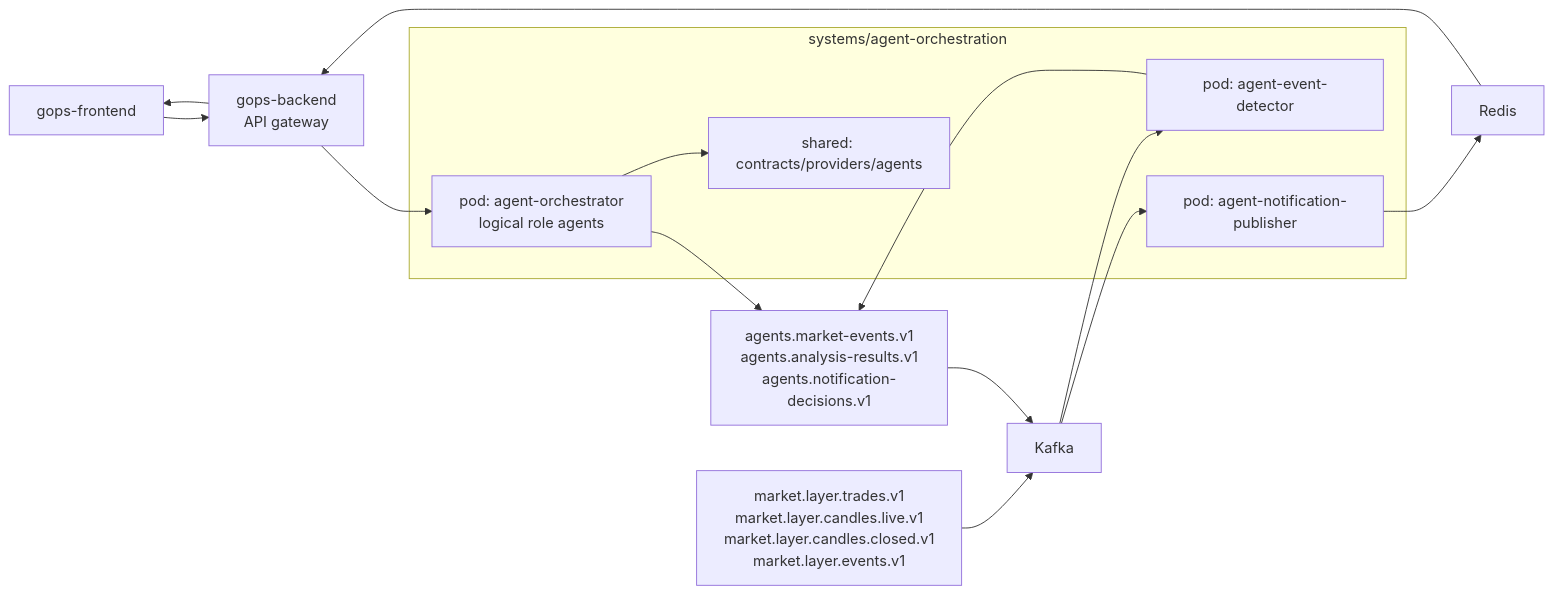
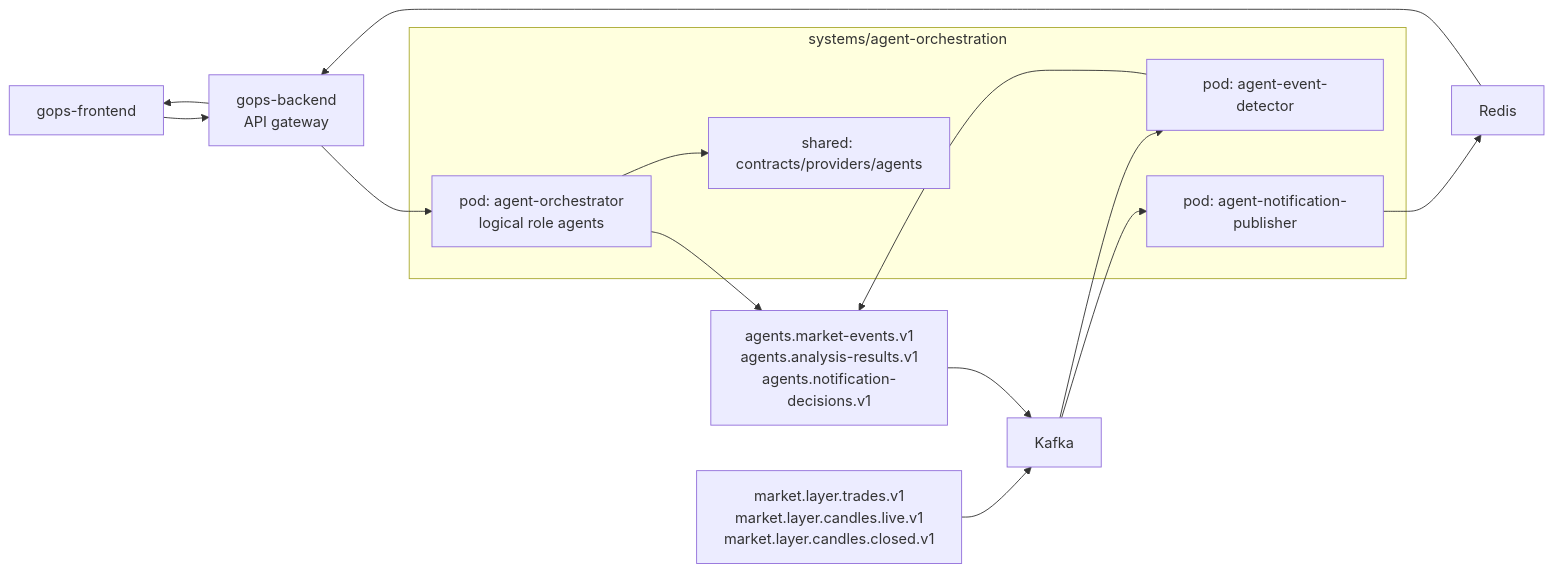
The first of 3 diagrams in docs/AGENT_ORCHESTRATION_IMPLEMENTATION.md (seunglee10/GOPS-BE), drawn with Mermaid before and after one commit. The commit also changed other lines of this file and 49 other files, not shown here.

Commit message:
Rebuild chart market data flow

````diff
--- a/docs/AGENT_ORCHESTRATION_IMPLEMENTATION.md
+++ b/docs/AGENT_ORCHESTRATION_IMPLEMENTATION.md
@@ -25,30 +30,30 @@
 ```mermaid
 flowchart LR
   Frontend["gops-frontend"]
   Backend["gops-backend<br/>API gateway"]
 
   subgraph AgentSystem["systems/agent-orchestration"]
     Orchestrator["pod: agent-orchestrator<br/>logical role agents"]
     EventDetector["pod: agent-event-detector"]
     NotificationPublisher["pod: agent-notification-publisher"]
     Contracts["shared: contracts/providers/agents"]
   end
 
   Kafka["Kafka"]
   Redis["Redis"]
-  MarketTopics["market.layer.trades.v1<br/>market.layer.candles.live.v1<br/>market.layer.candles.closed.v1<br/>market.layer.events.v1"]
+  MarketTopics["market.layer.trades.v1<br/>market.layer.candles.live.v1<br/>market.layer.candles.closed.v1"]
   AgentTopics["agents.market-events.v1<br/>agents.analysis-results.v1<br/>agents.notification-decisions.v1"]
 
   Frontend --> Backend
   Backend --> Orchestrator
   Orchestrator --> Contracts
   MarketTopics --> Kafka
   Kafka --> EventDetector
   EventDetector --> AgentTopics
   Orchestrator --> AgentTopics
   AgentTopics --> Kafka
   Kafka --> NotificationPublisher
   NotificationPublisher --> Redis
   Redis --> Backend
   Backend --> Frontend
 ```
````
